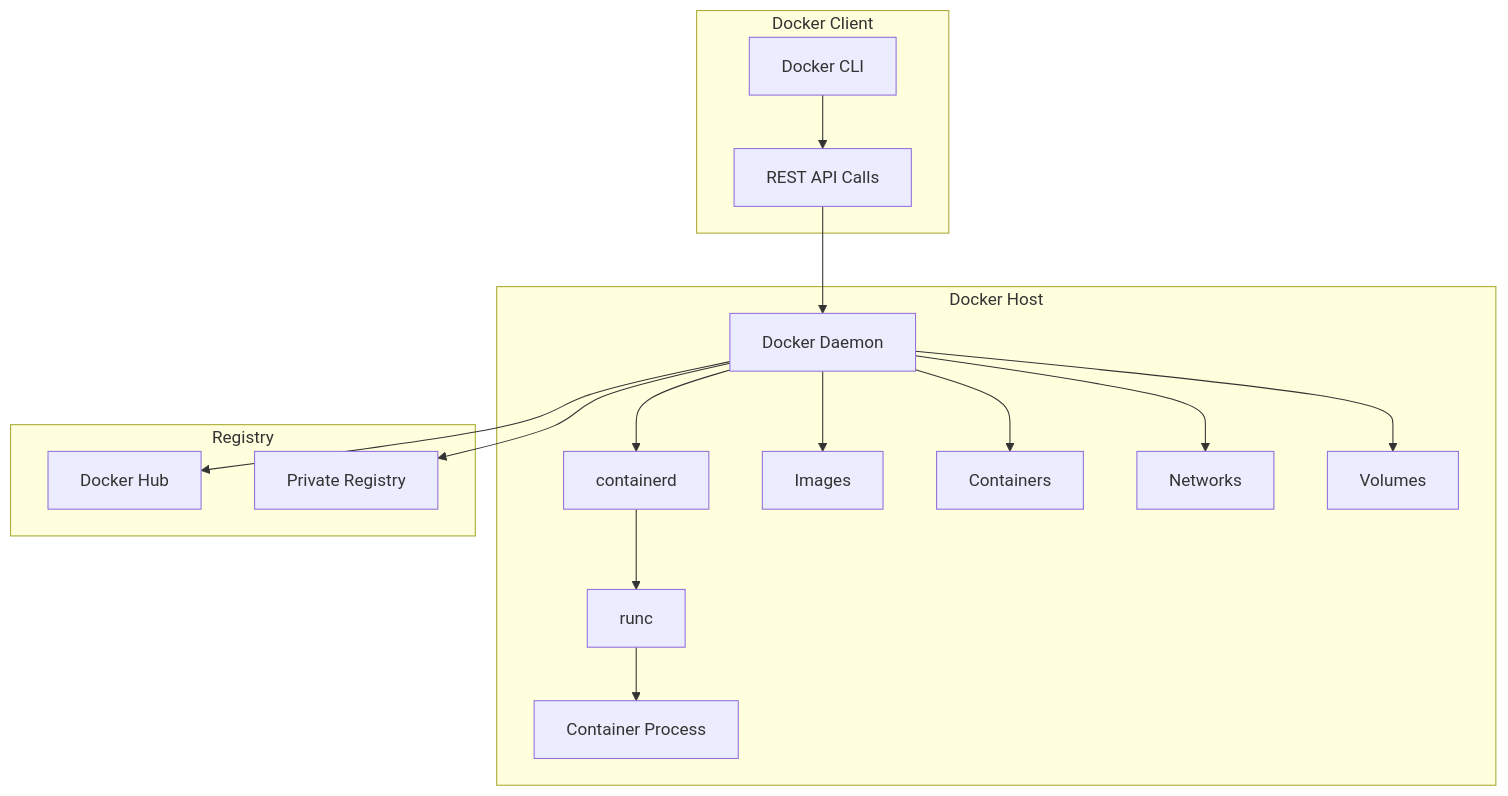
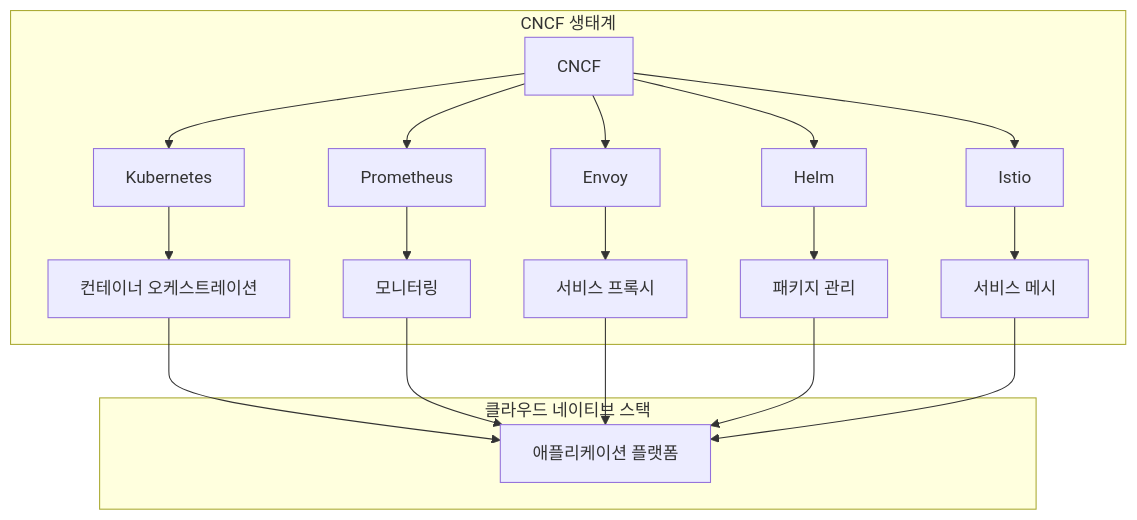
One commit to niceguy61/kdt_devops_lecture_2025 changed the fourth of 5 diagrams in week_02/day_01/session_01.md. Above: the diagram before and after it, drawn with Mermaid. The commit also changed other lines of this file and 38 other files, not shown here.

````diff
--- a/week_02/day_01/session_01.md
+++ b/week_02/day_01/session_01.md
@@ -15,26 +167,24 @@
 ```mermaid
 graph TB
-    subgraph "Docker Client"
-        A[Docker CLI] --> B[REST API Calls]
+    subgraph "CNCF 생태계"
+        A[CNCF] --> B[Kubernetes]
+        A --> C[Prometheus]
+        A --> D[Envoy]
+        A --> E[Helm]
+        A --> F[Istio]
+        
+        B --> G[컨테이너 오케스트레이션]
+        C --> H[모니터링]
+        D --> I[서비스 프록시]
+        E --> J[패키지 관리]
+        F --> K[서비스 메시]
     end
     
-    subgraph "Docker Host"
-        C[Docker Daemon] --> D[containerd]
-        D --> E[runc]
-        E --> F[Container Process]
-        
-        C --> G[Images]
-        C --> H[Containers]
-        C --> I[Networks]
-        C --> J[Volumes]
+    subgraph "클라우드 네이티브 스택"
+        G --> L[애플리케이션 플랫폼]
+        H --> L
+        I --> L
+        J --> L
+        K --> L
     end
-    
-    subgraph "Registry"
-        K[Docker Hub]
-        L[Private Registry]
-    end
-    
-    B --> C
-    C --> K
-    C --> L
 ```
````
